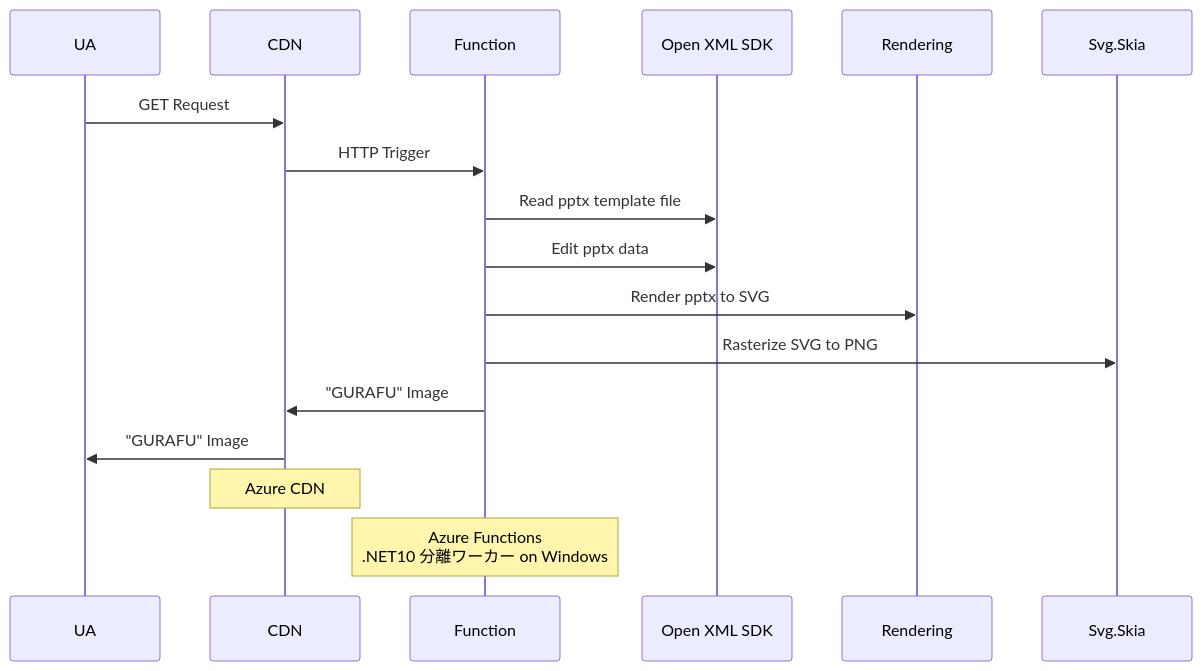
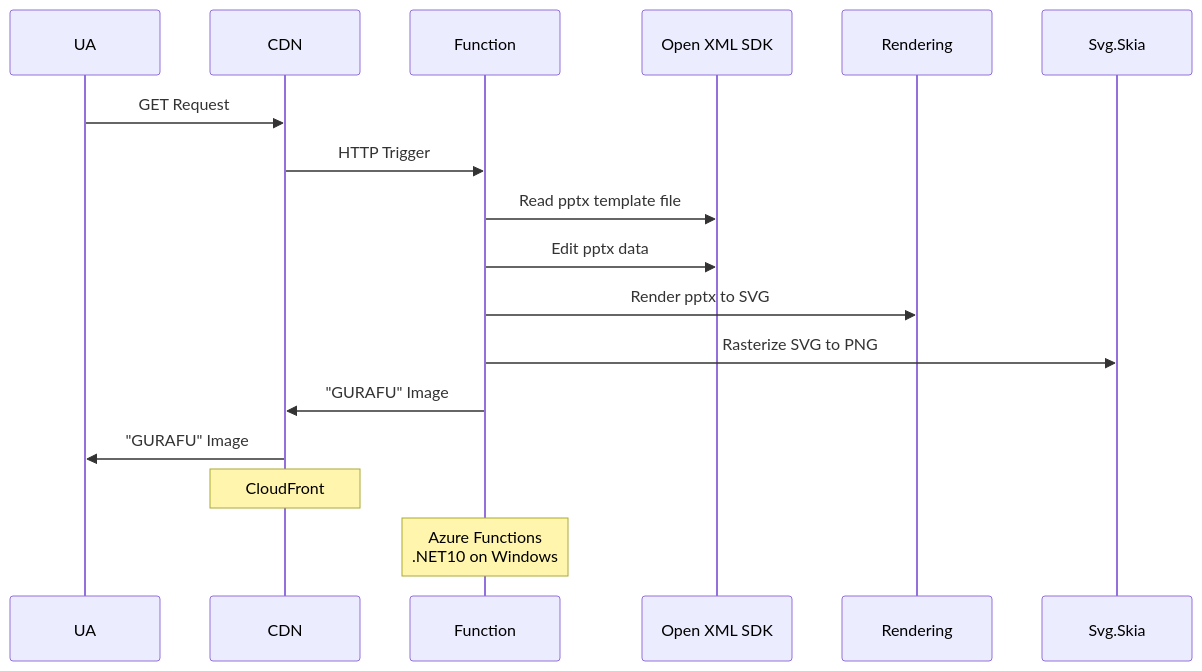
One commit to 7474/NantoNBai changed the diagram in README.md. Above: the diagram before and after it, drawn with Mermaid.

Commit message:
Change CDN note from Azure to CloudFront
Updated CDN and Function notes in README.

````diff
--- a/README.md
+++ b/README.md
@@ -39,13 +39,13 @@
 ```mermaid
 sequenceDiagram
     UA->>CDN: GET Request
     CDN->>Function: HTTP Trigger
     Function->>Open XML SDK: Read pptx template file
     Function->>Open XML SDK: Edit pptx data
     Function->>Rendering: Render pptx to SVG
     Function->>Svg.Skia: Rasterize SVG to PNG
     Function->>CDN: "GURAFU" Image
     CDN->>UA: "GURAFU" Image
-    Note over CDN: Azure CDN
-    Note over Function: Azure Functions<br/>.NET10 分離ワーカー on Windows
+    Note over CDN: CloudFront
+    Note over Function: Azure Functions<br/>.NET10 on Windows
 ```
````
